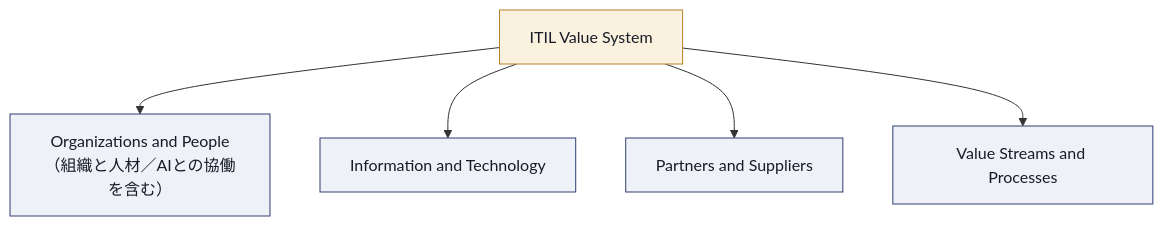
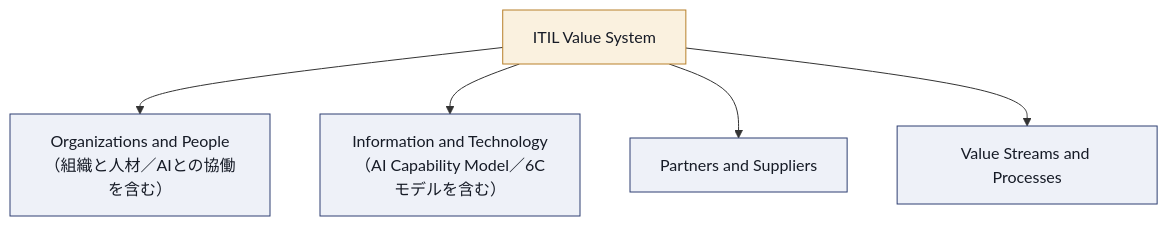
The second of 9 diagrams in Itil-managing-professional-transition-v5-guide.md (myoshi2891/Management-Team-Building-Studies), drawn with Mermaid before and after one commit. The commit also changed other lines of this file, not shown here.

Commit message:
docs(itil): update MPT guide with master certification paths and AI capability model

````diff
--- a/Itil-managing-professional-transition-v5-guide.md
+++ b/Itil-managing-professional-transition-v5-guide.md
@@ -139,13 +160,13 @@
 ```mermaid
 flowchart TB
     Center["ITIL Value System"]
     Center --> D1["Organizations and People<br/>（組織と人材／AIとの協働を含む）"]
-    Center --> D2["Information and Technology"]
+    Center --> D2["Information and Technology<br/>（AI Capability Model／6Cモデルを含む）"]
     Center --> D3["Partners and Suppliers"]
     Center --> D4["Value Streams and Processes"]
 
     classDef box fill:#EEF1F8,stroke:#2E3F72,color:#161B26
     classDef hub fill:#FAF1DF,stroke:#B8802A,color:#161B26
     class Center hub
     class D1,D2,D3,D4 box
 ```
````
